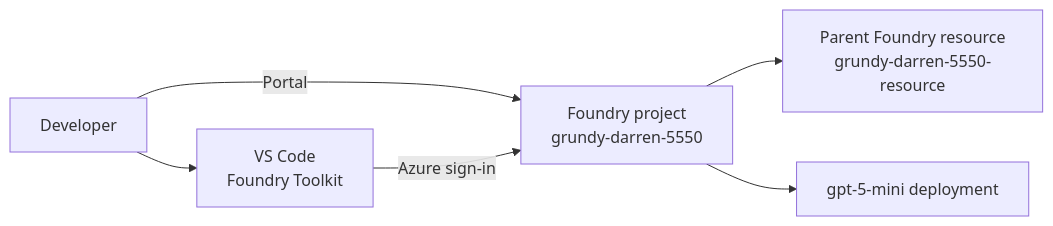
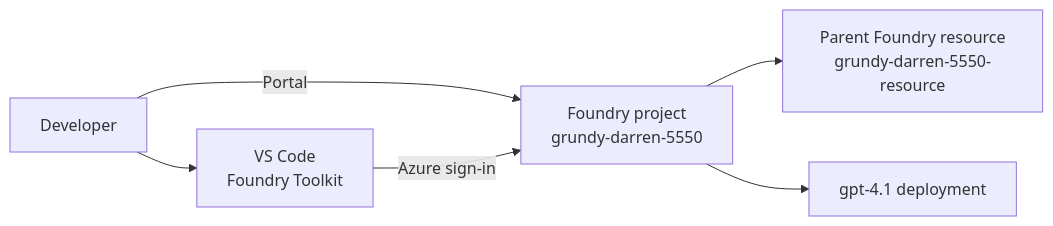
Before and after one commit to darrengrundy/applied-ai-portfolio: the diagram in learning-projects/microsoft-ai-engineering/1-1-prepare-ai-development/README.md, drawn with Mermaid. The commit also changed other lines of this file and 2 other files, not shown here.

````diff
--- a/learning-projects/microsoft-ai-engineering/1-1-prepare-ai-development/README.md
+++ b/learning-projects/microsoft-ai-engineering/1-1-prepare-ai-development/README.md
@@ -26,8 +26,8 @@
 ```mermaid
 flowchart LR
     Dev["Developer"] -->|Portal| Project["Foundry project<br/>grundy-darren-5550"]
     Dev --> VSCode["VS Code<br/>Foundry Toolkit"]
     VSCode -->|Azure sign-in| Project
     Project --> Parent["Parent Foundry resource<br/>grundy-darren-5550-resource"]
-    Project --> Model["gpt-5-mini deployment"]
+    Project --> Model["gpt-4.1 deployment"]
 ```
````
